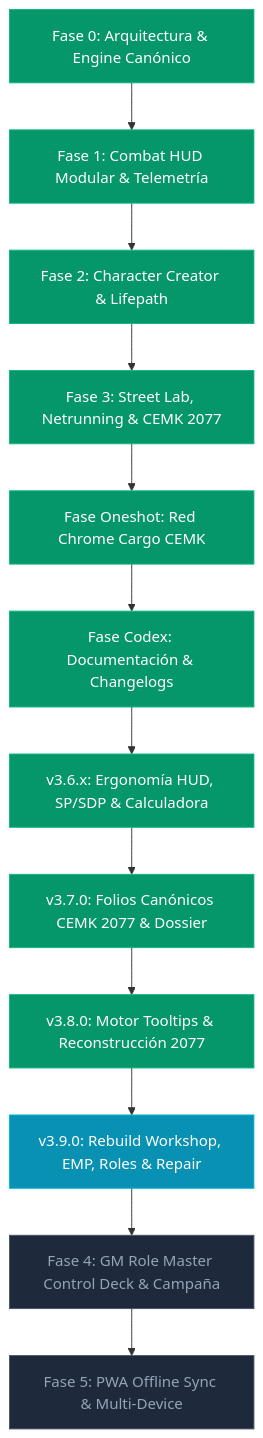
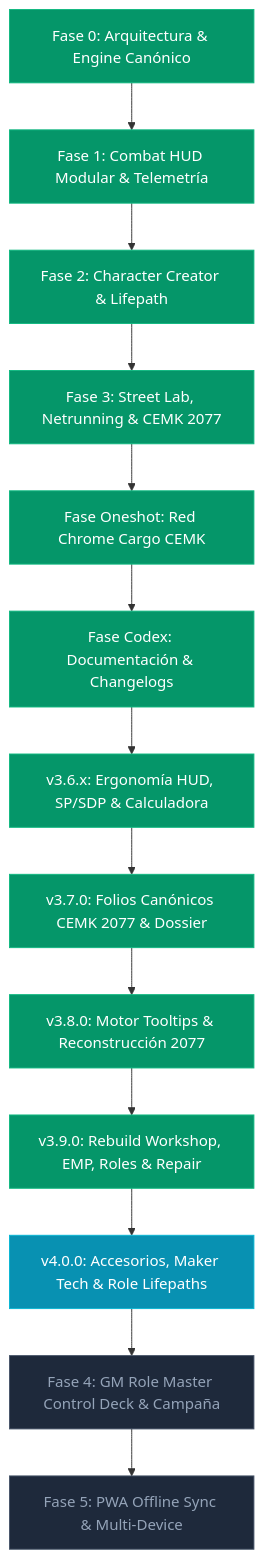
One commit to Notefuk/Cyberpunk- changed the diagram in PROJECT_STATUS_AND_ROADMAP.md. Above: the diagram before and after it, drawn with Mermaid. The commit also changed other lines of this file and 11 other files, not shown here.

Commit message:
v4.0.0 Weapon Attachments & Slot Engine, Underbarrel Combat Attacks, Maker Upgrade Expertise & Canonical Tech Lifepath

````diff
--- a/PROJECT_STATUS_AND_ROADMAP.md
+++ b/PROJECT_STATUS_AND_ROADMAP.md
@@ -47,27 +50,29 @@
 ```mermaid
 flowchart TD
     F0[Fase 0: Arquitectura & Engine Canónico] --> F1[Fase 1: Combat HUD Modular & Telemetría]
     F1 --> F2[Fase 2: Character Creator & Lifepath]
     F2 --> F3[Fase 3: Street Lab, Netrunning & CEMK 2077]
     F3 --> F_ONE[Fase Oneshot: Red Chrome Cargo CEMK]
     F_ONE --> F_CODEX[Fase Codex: Documentación & Changelogs]
     F_CODEX --> F_ERGO[v3.6.x: Ergonomía HUD, SP/SDP & Calculadora]
     F_ERGO --> F_FOLIO[v3.7.0: Folios Canónicos CEMK 2077 & Dossier]
     F_FOLIO --> F_TOOLTIP[v3.8.0: Motor Tooltips & Reconstrucción 2077]
     F_TOOLTIP --> F_REBUILD[v3.9.0: Rebuild Workshop, EMP, Roles & Repair]
-    F_REBUILD --> F4[Fase 4: GM Role Master Control Deck & Campaña]
+    F_REBUILD --> F_ATTACH[v4.0.0: Accesorios, Maker Tech & Role Lifepaths]
+    F_ATTACH --> F4[Fase 4: GM Role Master Control Deck & Campaña]
     F4 --> F5[Fase 5: PWA Offline Sync & Multi-Device]
 
     style F0 fill:#059669,stroke:#10b981,color:#fff
     style F1 fill:#059669,stroke:#10b981,color:#fff
     style F2 fill:#059669,stroke:#10b981,color:#fff
     style F3 fill:#059669,stroke:#10b981,color:#fff
     style F_ONE fill:#059669,stroke:#10b981,color:#fff
     style F_CODEX fill:#059669,stroke:#10b981,color:#fff
     style F_ERGO fill:#059669,stroke:#10b981,color:#fff
     style F_FOLIO fill:#059669,stroke:#10b981,color:#fff
     style F_TOOLTIP fill:#059669,stroke:#10b981,color:#fff
-    style F_REBUILD fill:#0891b2,stroke:#06b6d4,color:#fff
+    style F_REBUILD fill:#059669,stroke:#10b981,color:#fff
+    style F_ATTACH fill:#0891b2,stroke:#06b6d4,color:#fff
     style F4 fill:#1e293b,stroke:#475569,color:#94a3b8
     style F5 fill:#1e293b,stroke:#475569,color:#94a3b8
 ```
````
